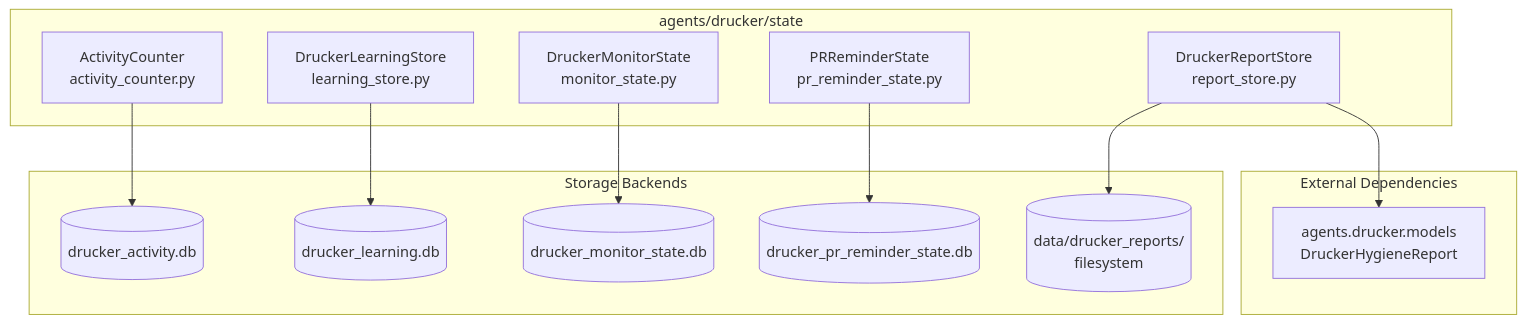
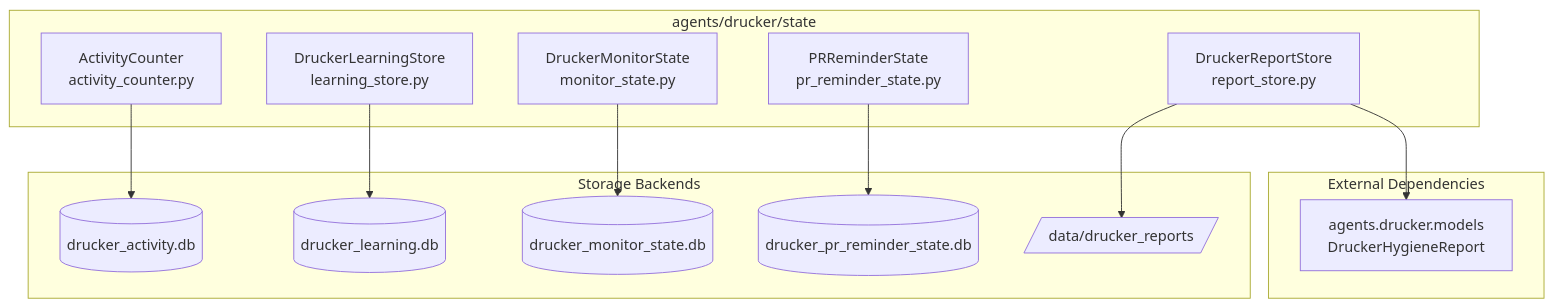
One commit to jmac-cornelis/agent-workforce changed the first of 4 diagrams in docs/agents-drucker-state.md. Above: the diagram before and after it, drawn with Mermaid. The commit also changed other lines of this file and 7 other files, not shown here.

````diff
--- a/docs/agents-drucker-state.md
+++ b/docs/agents-drucker-state.md
@@ -25,29 +25,29 @@
 ```mermaid
-graph TB
+graph TD
     subgraph "agents/drucker/state"
         AC[ActivityCounter<br/>activity_counter.py]
         LS[DruckerLearningStore<br/>learning_store.py]
         MS[DruckerMonitorState<br/>monitor_state.py]
         PRS[PRReminderState<br/>pr_reminder_state.py]
         RS[DruckerReportStore<br/>report_store.py]
     end
 
     subgraph "Storage Backends"
-        DB_AC[(drucker_activity.db)]
-        DB_LS[(drucker_learning.db)]
-        DB_MS[(drucker_monitor_state.db)]
-        DB_PRS[(drucker_pr_reminder_state.db)]
-        FS[("data/drucker_reports/<br/>filesystem")]
+        DB_ACT[(drucker_activity.db)]
+        DB_LEARN[(drucker_learning.db)]
+        DB_MON[(drucker_monitor_state.db)]
+        DB_PR[(drucker_pr_reminder_state.db)]
+        FS_REPORTS[/data/drucker_reports/]
     end
 
     subgraph "External Dependencies"
-        Models[agents.drucker.models<br/>DruckerHygieneReport]
+        MODELS[agents.drucker.models<br/>DruckerHygieneReport]
     end
 
-    AC --> DB_AC
-    LS --> DB_LS
-    MS --> DB_MS
-    PRS --> DB_PRS
-    RS --> FS
-    RS --> Models
+    AC --> DB_ACT
+    LS --> DB_LEARN
+    MS --> DB_MON
+    PRS --> DB_PR
+    RS --> FS_REPORTS
+    RS --> MODELS
 ```
````
